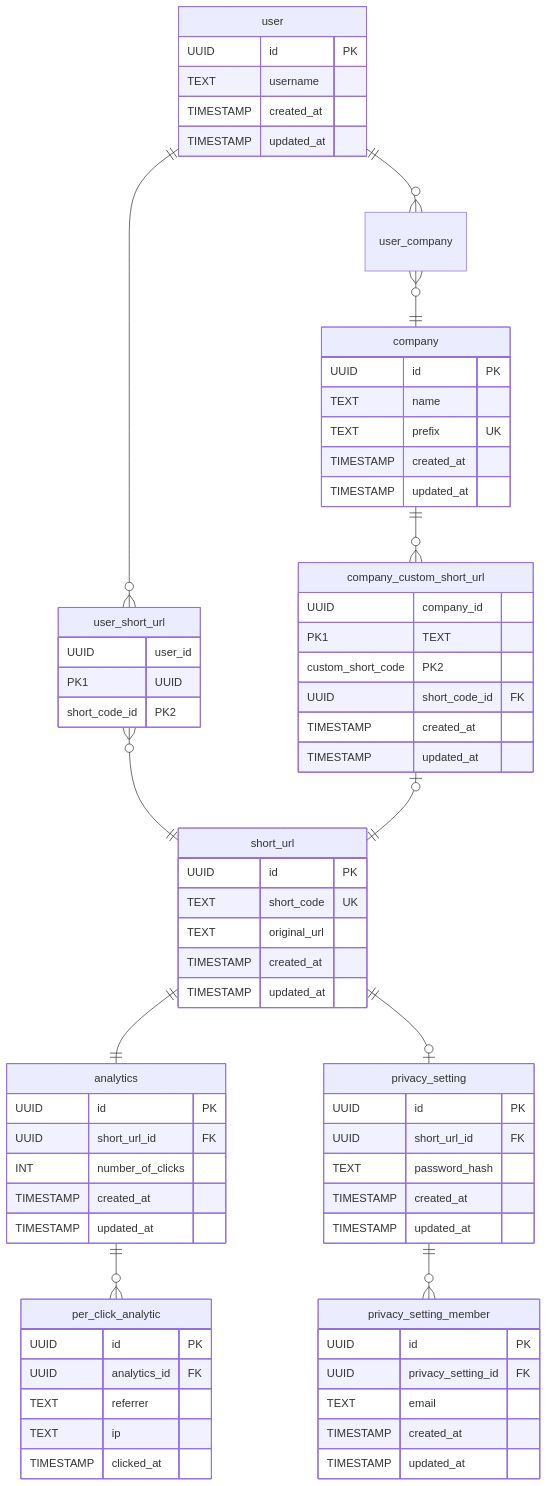
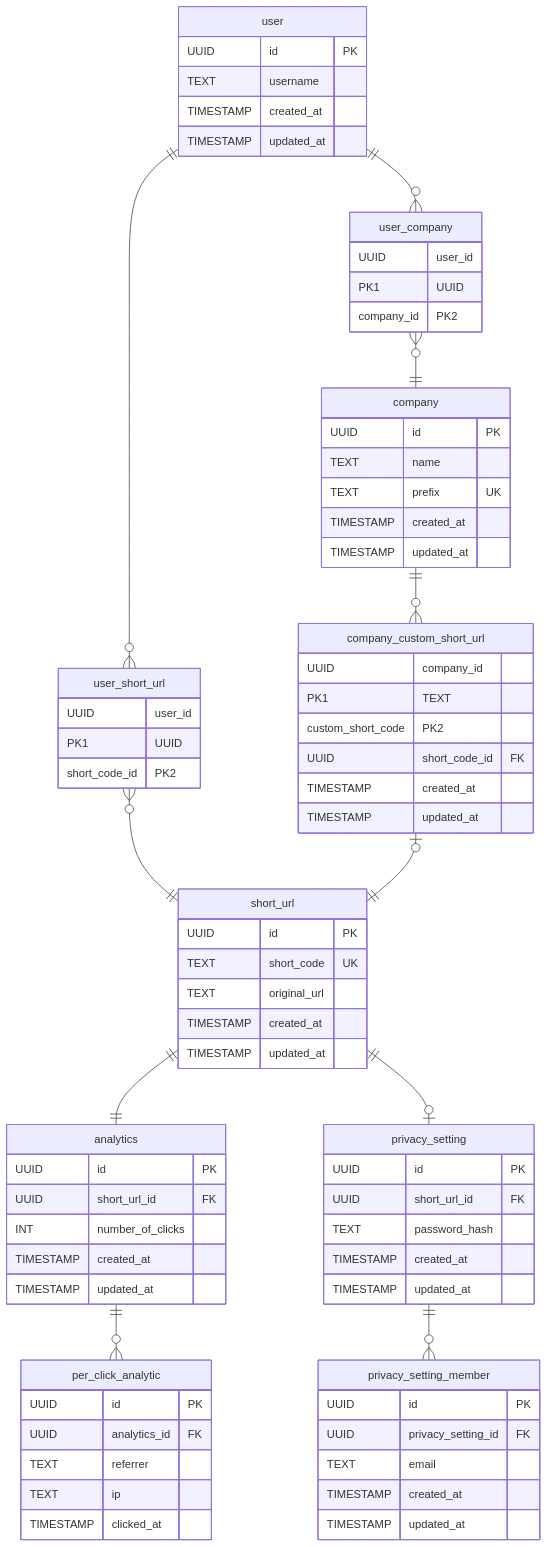
Before and after one commit to mlizandier/url-shortener: the sixth of 6 diagrams in README.md, drawn with Mermaid. The commit also changed other lines of this file, not shown here.

````diff
--- a/README.md
+++ b/README.md
@@ -190,72 +193,76 @@
 ```mermaid
 erDiagram
     user ||--o{ user_short_url: ""
     user_short_url }o--|| short_url: ""
     short_url ||--|| analytics : ""
     analytics ||--o{ per_click_analytic : ""
     short_url ||--o| privacy_setting : ""
     privacy_setting ||--o{ privacy_setting_member : ""
     user ||--o{ user_company : ""
     user_company }o--|| company : ""
     company ||--o{ company_custom_short_url : ""
     company_custom_short_url |o--|| short_url : ""
     user {
         UUID id PK
         TEXT username
         TIMESTAMP created_at
         TIMESTAMP updated_at
+    }
+    user_company {
+        UUID user_id PK1
+        UUID company_id PK2
     }
     user_short_url {
         UUID user_id PK1
         UUID short_code_id PK2
     }
     short_url {
         UUID id PK
         TEXT short_code UK
         TEXT original_url
         TIMESTAMP created_at
         TIMESTAMP updated_at
     }
     analytics {
         UUID id PK
         UUID short_url_id FK
         INT number_of_clicks
         TIMESTAMP created_at
         TIMESTAMP updated_at
     }
     per_click_analytic {
         UUID id PK
         UUID analytics_id FK
         TEXT referrer
         TEXT ip
         TIMESTAMP clicked_at
     }
     privacy_setting {
         UUID id PK
         UUID short_url_id FK
         TEXT password_hash
         TIMESTAMP created_at
         TIMESTAMP updated_at
     }
     privacy_setting_member {
         UUID id PK
         UUID privacy_setting_id FK
         TEXT email
         TIMESTAMP created_at
         TIMESTAMP updated_at
     }
     company {
         UUID id PK
         TEXT name
         TEXT prefix UK
         TIMESTAMP created_at
         TIMESTAMP updated_at
     }
     company_custom_short_url {
         UUID company_id PK1
         TEXT custom_short_code PK2
         UUID short_code_id FK
         TIMESTAMP created_at
         TIMESTAMP updated_at
     }
 ```
````
